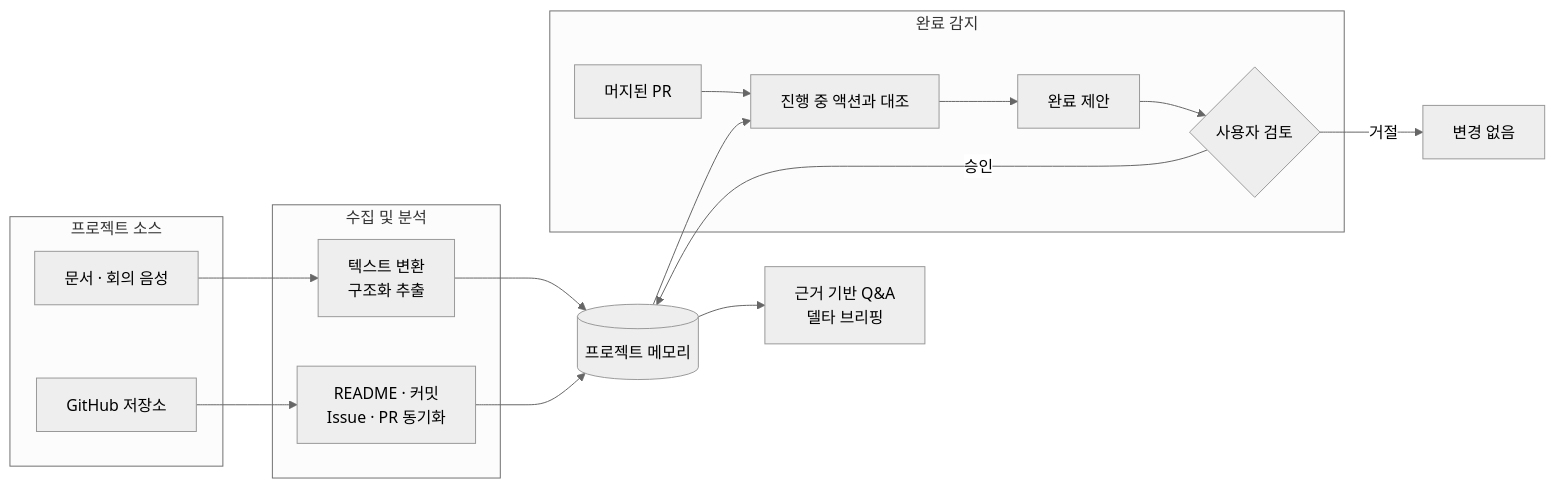
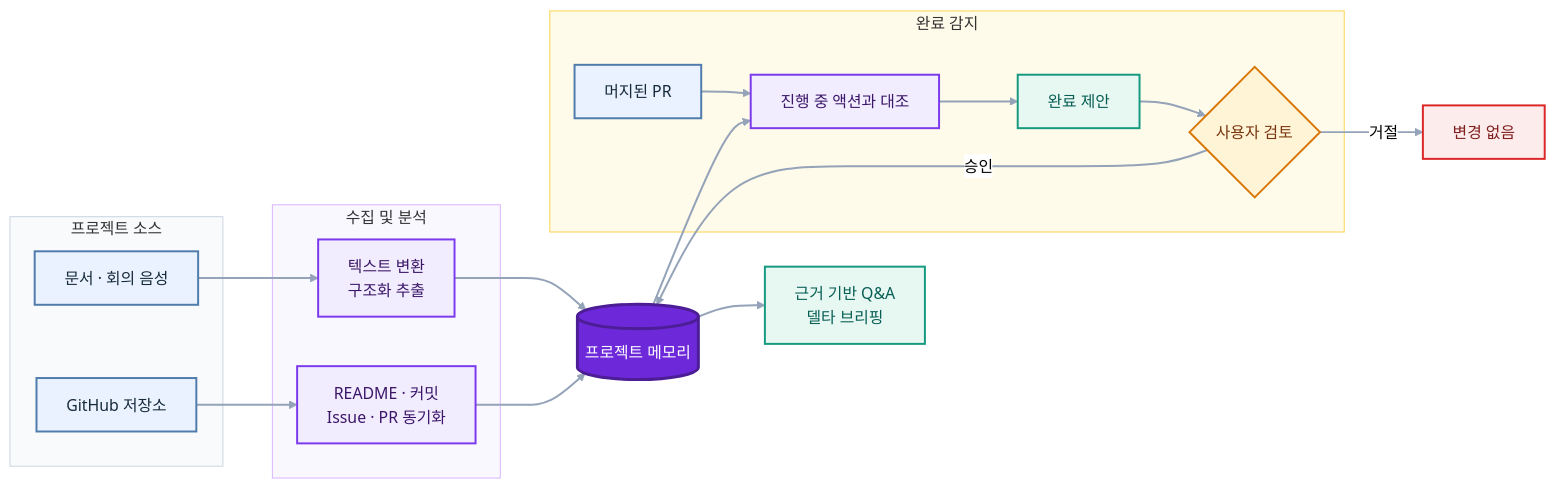
One commit to SKNETWORKS-FAMILY-AICAMP/SKN30-4th-1Team changed the first of 2 diagrams in README.md. Above: the diagram before and after it, drawn with Mermaid (neutral theme). The commit also changed other lines of this file, not shown here.

Commit message:
docs: highlight team and refine architecture diagrams

````diff
--- a/README.md
+++ b/README.md
@@ -43,35 +90,54 @@
 ```mermaid
 flowchart LR
     subgraph Sources["프로젝트 소스"]
         DOC["문서 · 회의 음성"]
         GH["GitHub 저장소"]
     end
 
     subgraph Processing["수집 및 분석"]
         EXTRACT["텍스트 변환<br/>구조화 추출"]
         SYNC["README · 커밋<br/>Issue · PR 동기화"]
     end
 
     MEMORY[("프로젝트 메모리")]
     INSIGHT["근거 기반 Q&A<br/>델타 브리핑"]
 
     DOC --> EXTRACT
     GH --> SYNC
     EXTRACT --> MEMORY
     SYNC --> MEMORY
     MEMORY --> INSIGHT
 
     subgraph Reconcile["완료 감지"]
         PR["머지된 PR"]
         MATCH["진행 중 액션과 대조"]
         SUGGEST["완료 제안"]
         REVIEW{"사용자 검토"}
     end
 
     PR --> MATCH
     MEMORY --> MATCH
     MATCH --> SUGGEST
     SUGGEST --> REVIEW
     REVIEW -->|승인| MEMORY
     REVIEW -->|거절| REJECT["변경 없음"]
+
+    classDef source fill:#EAF2FF,stroke:#4F7CAC,color:#172A3A,stroke-width:2px
+    classDef process fill:#F2ECFF,stroke:#7C3AED,color:#3B1768,stroke-width:2px
+    classDef core fill:#6D28D9,stroke:#4C1D95,color:#FFFFFF,stroke-width:3px
+    classDef outcome fill:#E7F8F2,stroke:#159A80,color:#075E54,stroke-width:2px
+    classDef review fill:#FFF4D6,stroke:#D97706,color:#78350F,stroke-width:2px
+    classDef reject fill:#FDECEC,stroke:#DC2626,color:#7F1D1D,stroke-width:2px
+
+    class DOC,GH,PR source
+    class EXTRACT,SYNC,MATCH process
+    class MEMORY core
+    class INSIGHT,SUGGEST outcome
+    class REVIEW review
+    class REJECT reject
+
+    style Sources fill:#F8FAFC,stroke:#CBD5E1,stroke-width:1px
+    style Processing fill:#FAF8FF,stroke:#D8B4FE,stroke-width:1px
+    style Reconcile fill:#FFFBEB,stroke:#FCD34D,stroke-width:1px
+    linkStyle default stroke:#94A3B8,stroke-width:2px
 ```
````
